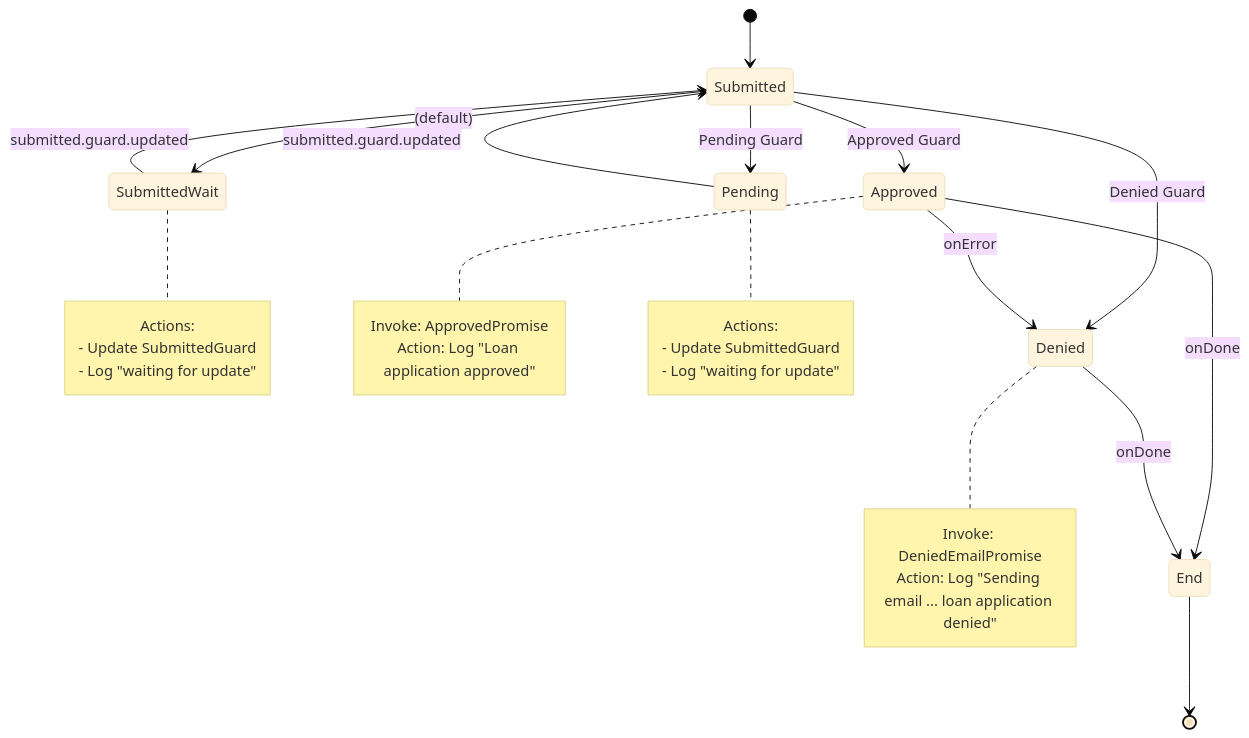
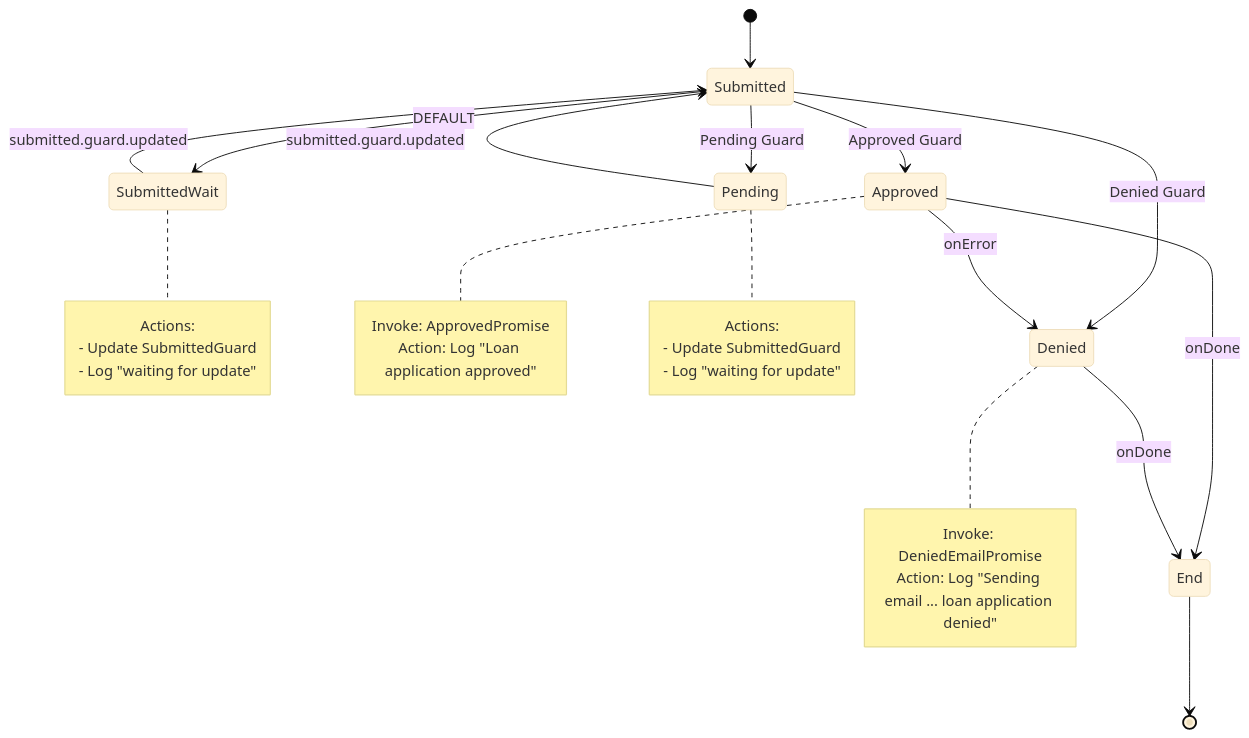
Before and after one commit to joyrexus/regula: the diagram in examples/workflows/loan-application/README.md, drawn with Mermaid (base theme).

Commit message:
chore: tweak mermaid diagram

````diff
--- a/examples/workflows/loan-application/README.md
+++ b/examples/workflows/loan-application/README.md
@@ -21,38 +21,38 @@
 ```mermaid
 stateDiagram-v2
     [*] --> Submitted
 
     Submitted --> Approved: Approved Guard
     Submitted --> Denied: Denied Guard
     Submitted --> Pending: Pending Guard
-    Submitted --> SubmittedWait: (default)
+    Submitted --> SubmittedWait: DEFAULT
 
     SubmittedWait --> Submitted: submitted.guard.updated
     note right of SubmittedWait
         Actions:
         - Update SubmittedGuard
         - Log "waiting for update"
     end note
 
     Approved --> End: onDone
     Approved --> Denied: onError
     note right of Approved
         Invoke: ApprovedPromise
         Action: Log "Loan application approved"
     end note
 
     Denied --> End: onDone
     note right of Denied
         Invoke: DeniedEmailPromise
         Action: Log "Sending email ... loan application denied"
     end note
 
     Pending --> Submitted: submitted.guard.updated
     note right of Pending
         Actions:
         - Update SubmittedGuard
         - Log "waiting for update"
     end note
 
     End --> [*]
 ```
````
